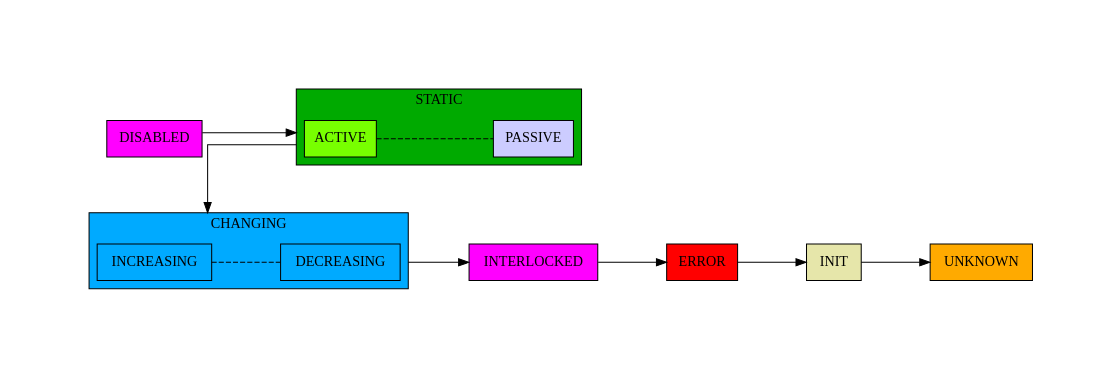
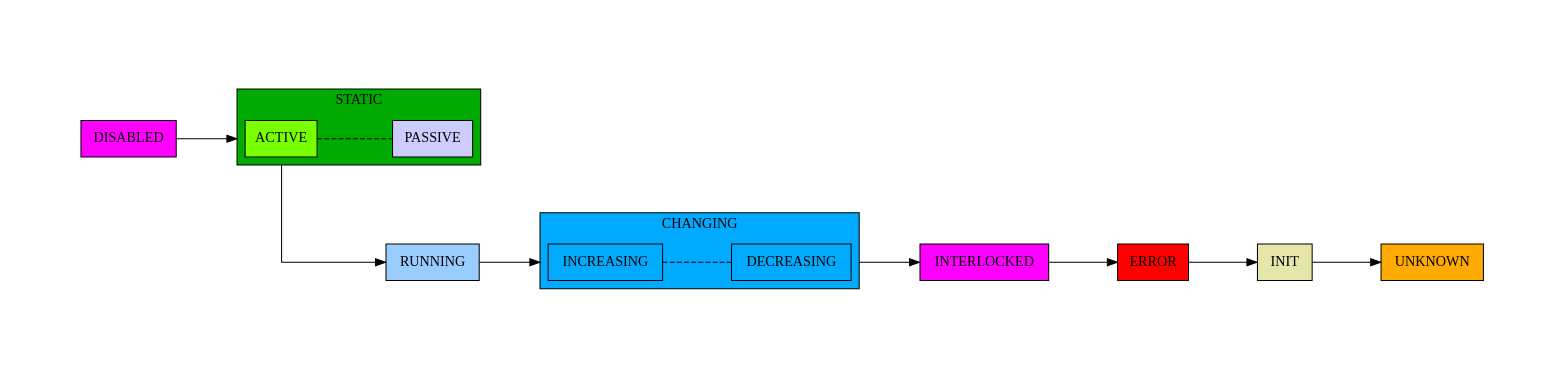
Before and after one commit to European-XFEL/Karabo: diagram 15 of 19 in doc/concepts/states.rst, drawn with Graphviz. The commit also changed other lines of this file, not shown here.

Commit message:
Document RUNNING state

```diff
--- a/doc/concepts/states.rst
+++ b/doc/concepts/states.rst
@@ -370,6 +380,14 @@
             active->passive [arrowhead=none, style=dashed]
 
         }
+
+        running
+        [
+            shape = box
+            style = filled
+            fillcolor = "#99CCFF"
+            label = "RUNNING"
+        ]
 
         subgraph cluster1 {
             label = "CHANGING";
@@ -429,7 +447,8 @@
         ]
 
         disabled -> active [lhead=cluster0]
-        increasing -> active [ltail=cluster1, lhead=cluster0, dir=back]
+        active  -> running [ltail=cluster0]
+        running -> increasing [lhead=cluster1]
         decreasing -> interlocked [ltail=cluster1]
         interlocked -> error
         error -> init
```
